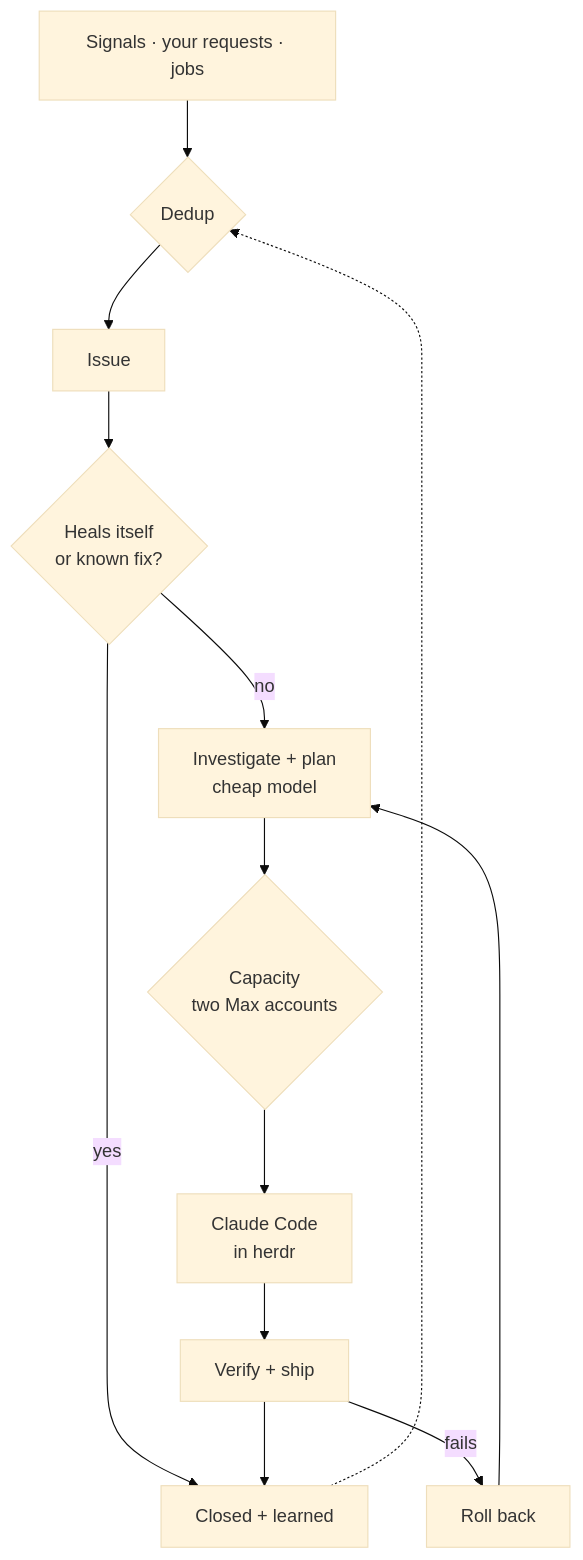
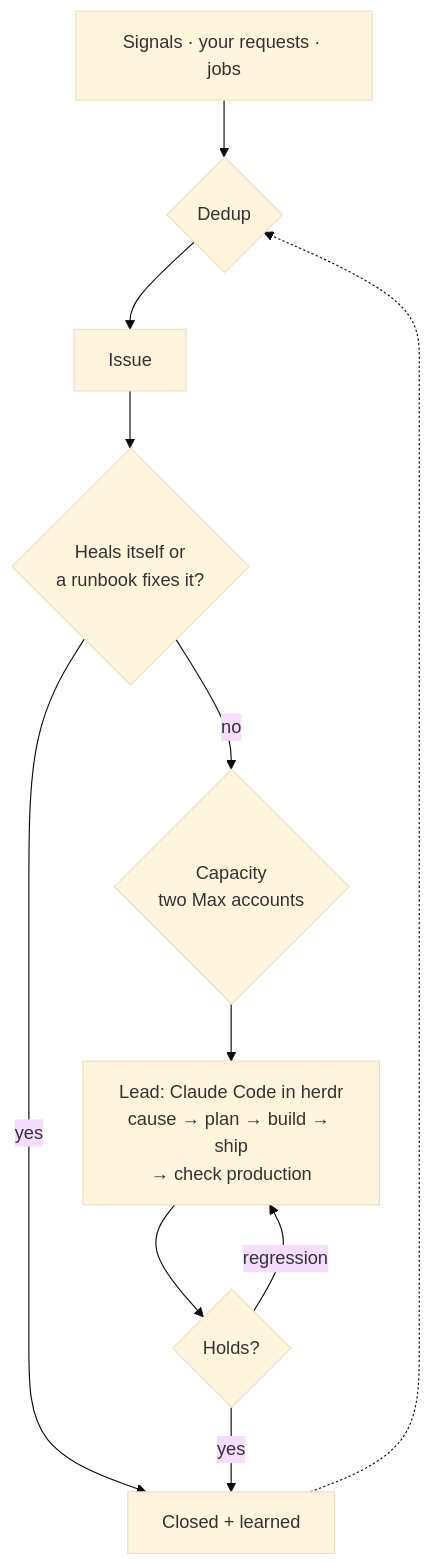
The diagram in docs/factory/tdd/01-verdict.md (jkrumm/dotfiles), drawn with Mermaid (base theme) before and after one commit. The commit also changed other lines of this file and 26 other files, not shown here.

First line of the commit message:
docs(factory): TDD v2.2 — one Claude Code lead per Issue, factory runs the lifecycle

````diff
--- a/docs/factory/tdd/01-verdict.md
+++ b/docs/factory/tdd/01-verdict.md
@@ -13,14 +15,13 @@
 ```mermaid
 flowchart TB
   IN[Signals · your requests · jobs] --> D{Dedup}
   D --> I[Issue]
-  I --> H{Heals itself<br/>or known fix?}
+  I --> H{Heals itself or<br/>a runbook fixes it?}
   H -- yes --> L[Closed + learned]
-  H -- no --> P[Investigate + plan<br/>cheap model]
-  P --> Q{Capacity<br/>two Max accounts}
-  Q --> C[Claude Code<br/>in herdr]
-  C --> V[Verify + ship]
-  V --> L
-  V -- fails --> R[Roll back] --> P
+  H -- no --> Q{Capacity<br/>two Max accounts}
+  Q --> C[Lead: Claude Code in herdr<br/>cause → plan → build → ship<br/>→ check production]
+  C --> W{Holds?}
+  W -- yes --> L
+  W -- regression --> C
   L -.-> D
 ```
````
